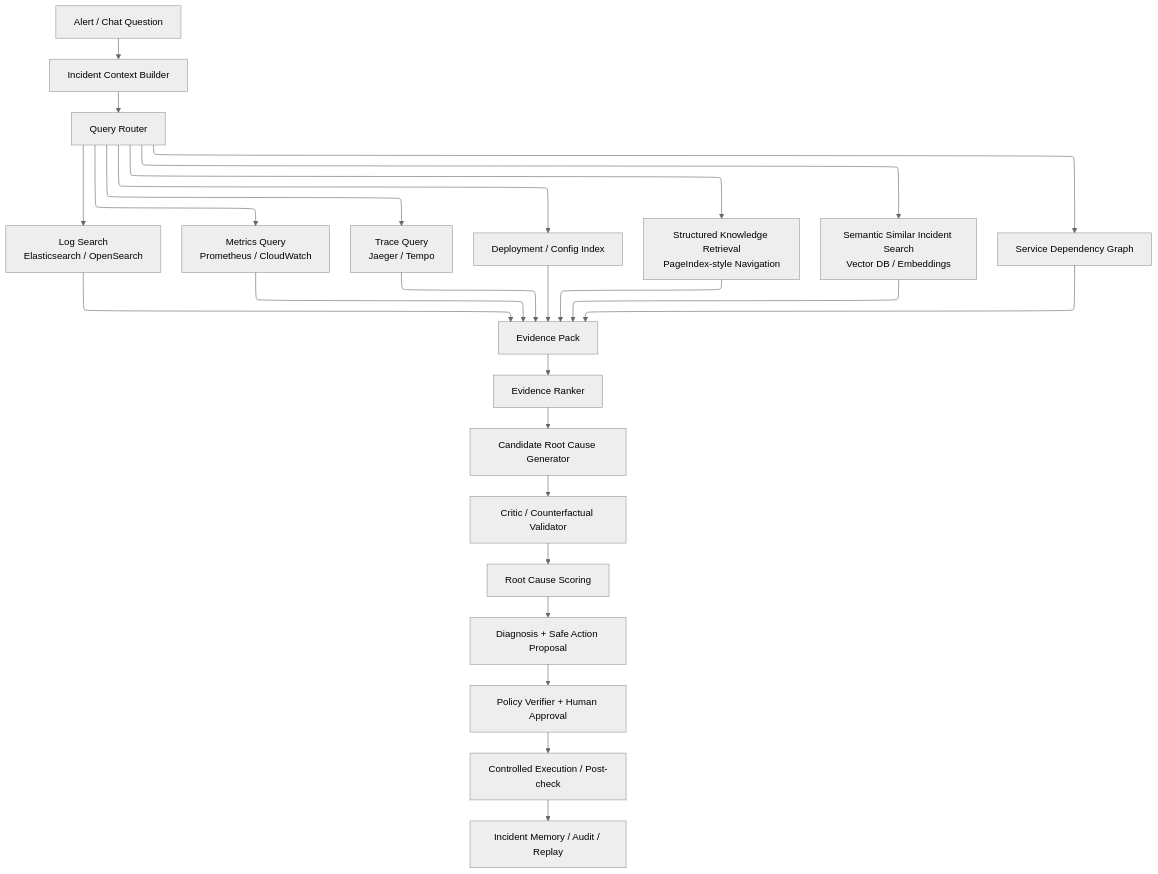
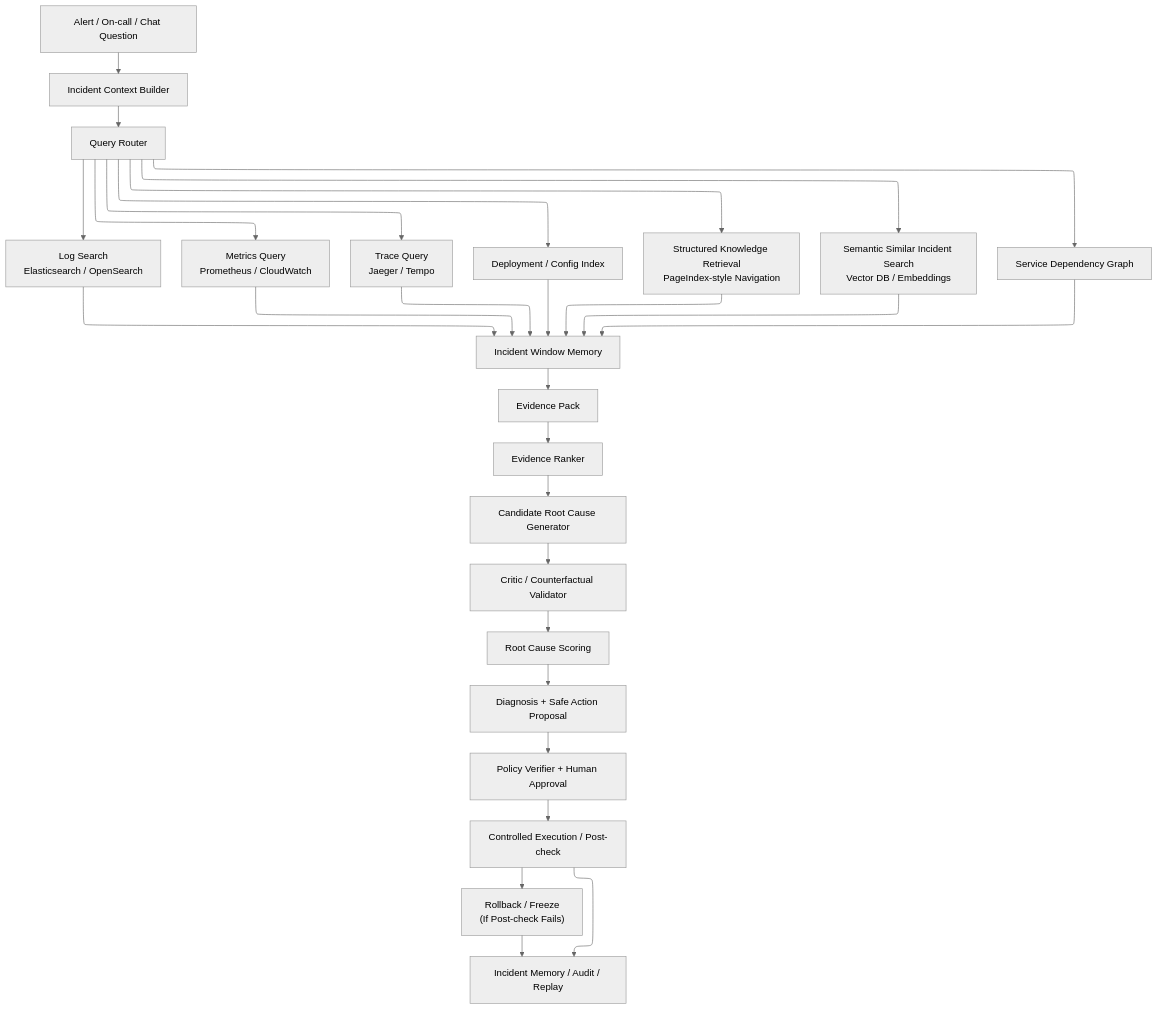
The third of 3 diagrams in _posts/2026-05-09-Why_AI_Driven_Infrastructure_Resilience_Needs_Search_Indexing_and_Document_Understanding-CN.md (AstroMen/AstroMen.github.io), drawn with Mermaid (neutral theme) before and after one commit. The commit also changed other lines of this file, not shown here.

Commit message:
Refine RCA Agent workflow description and diagrams

````diff
--- a/_posts/2026-05-09-Why_AI_Driven_Infrastructure_Resilience_Needs_Search_Indexing_and_Document_Understanding-CN.md
+++ b/_posts/2026-05-09-Why_AI_Driven_Infrastructure_Resilience_Needs_Search_Indexing_and_Document_Understanding-CN.md
@@ -2012,34 +1987,37 @@
 ```mermaid
 ---
 config:
   layout: elk
 ---
 flowchart TD
-    A["Alert / Chat Question"] --> B["Incident Context Builder"]
+    A["Alert / On-call / Chat Question"] --> B["Incident Context Builder"]
     B --> C["Query Router"]
 
     C --> D1["Log Search<br/>Elasticsearch / OpenSearch"]
     C --> D2["Metrics Query<br/>Prometheus / CloudWatch"]
     C --> D3["Trace Query<br/>Jaeger / Tempo"]
     C --> D4["Deployment / Config Index"]
     C --> D5["Structured Knowledge Retrieval<br/>PageIndex-style Navigation"]
     C --> D6["Semantic Similar Incident Search<br/>Vector DB / Embeddings"]
     C --> D7["Service Dependency Graph"]
 
-    D1 --> E["Evidence Pack"]
+    D1 --> E["Incident Window Memory"]
     D2 --> E
     D3 --> E
     D4 --> E
     D5 --> E
     D6 --> E
     D7 --> E
 
-    E --> F["Evidence Ranker"]
-    F --> G["Candidate Root Cause Generator"]
-    G --> H["Critic / Counterfactual Validator"]
-    H --> I["Root Cause Scoring"]
-    I --> J["Diagnosis + Safe Action Proposal"]
-    J --> K["Policy Verifier + Human Approval"]
-    K --> L["Controlled Execution / Post-check"]
-    L --> M["Incident Memory / Audit / Replay"]
+    E --> F["Evidence Pack"]
+    F --> G["Evidence Ranker"]
+    G --> H["Candidate Root Cause Generator"]
+    H --> I["Critic / Counterfactual Validator"]
+    I --> J["Root Cause Scoring"]
+    J --> K["Diagnosis + Safe Action Proposal"]
+    K --> L["Policy Verifier + Human Approval"]
+    L --> M["Controlled Execution / Post-check"]
+    M --> N["Rollback / Freeze<br/>(If Post-check Fails)"]
+    M --> O["Incident Memory / Audit / Replay"]
+    N --> O
 ```
````
